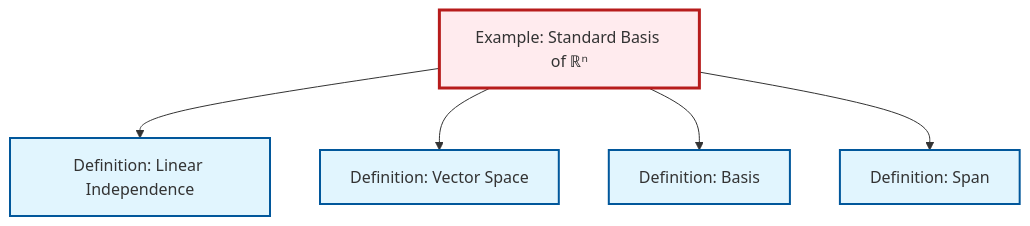
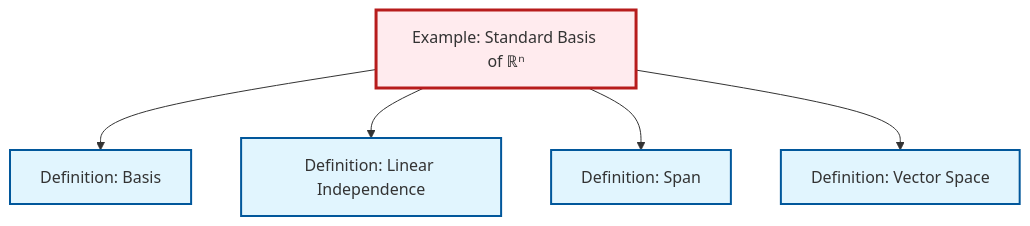
The diagram in content/en/algebra/ex-standard-basis-rn.qmd (RK0429/ModernMath), drawn with Mermaid before and after one commit. The commit also changed other lines of this file and 434 other files, not shown here.

````diff
--- a/content/en/algebra/ex-standard-basis-rn.qmd
+++ b/content/en/algebra/ex-standard-basis-rn.qmd
@@ -62,23 +62,23 @@
 ```{mermaid}
 %%| fig-cap: "Local dependency graph"
 graph TD
     classDef definition fill:#e1f5fe,stroke:#01579b,stroke-width:2px
     classDef theorem fill:#f3e5f5,stroke:#4a148c,stroke-width:2px
     classDef axiom fill:#fff3e0,stroke:#e65100,stroke-width:2px
     classDef example fill:#e8f5e9,stroke:#1b5e20,stroke-width:2px
     classDef current fill:#ffebee,stroke:#b71c1c,stroke-width:3px
     def-linear-independence["Definition: Linear Independence"]:::definition
+    def-basis["Definition: Basis"]:::definition
+    ex-standard-basis-rn["Example: Standard Basis of ℝⁿ"]:::example
+    def-span["Definition: Span"]:::definition
     def-vector-space["Definition: Vector Space"]:::definition
-    def-span["Definition: Span"]:::definition
-    ex-standard-basis-rn["Example: Standard Basis of ℝⁿ"]:::example
-    def-basis["Definition: Basis"]:::definition
+    ex-standard-basis-rn --> def-basis
     ex-standard-basis-rn --> def-linear-independence
+    ex-standard-basis-rn --> def-span
     ex-standard-basis-rn --> def-vector-space
-    ex-standard-basis-rn --> def-basis
-    ex-standard-basis-rn --> def-span
     class ex-standard-basis-rn current
     click def-linear-independence "def-linear-independence.html" "Go to Linear Independence definition"
+    click def-basis "def-basis.html" "Go to Basis definition"
+    click def-span "def-span.html" "Go to Span definition"
     click def-vector-space "def-vector-space.html" "Go to Vector Space definition"
-    click def-span "def-span.html" "Go to Span definition"
-    click def-basis "def-basis.html" "Go to Basis definition"
 ```
````
